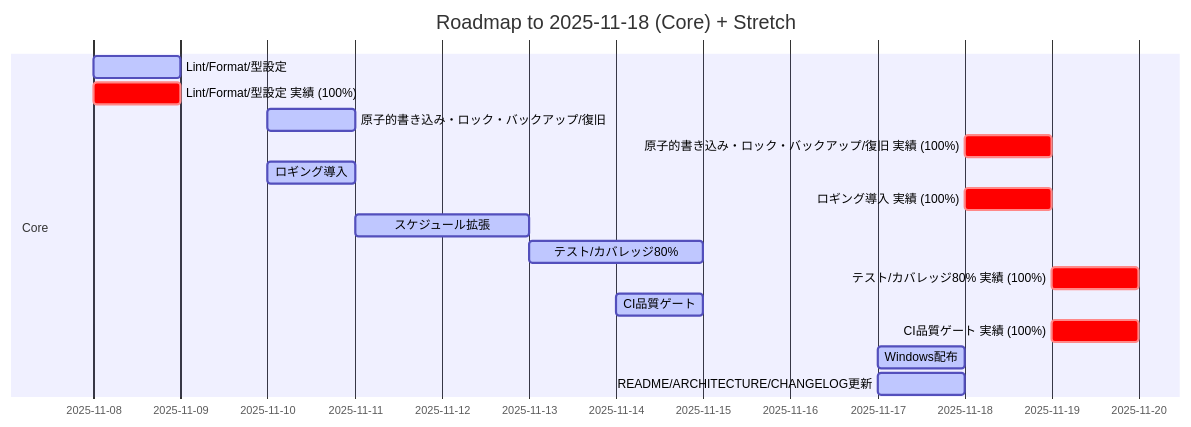
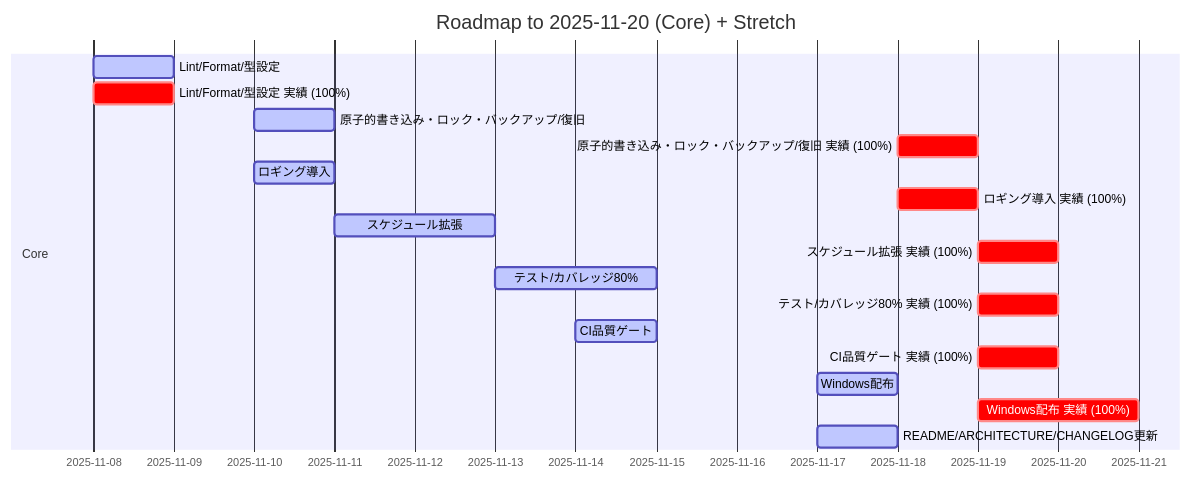
Before and after one commit to takenet193/task-reminder-tool: the diagram in docs/ROADMAP.md, drawn with Mermaid. The commit also changed other lines of this file and 18 other files, not shown here.

````diff
--- a/docs/ROADMAP.md
+++ b/docs/ROADMAP.md
@@ -37,27 +37,29 @@
 ```mermaid
 gantt
   dateFormat  YYYY-MM-DD
-  title Roadmap to 2025-11-18 (Core) + Stretch
+  title Roadmap to 2025-11-20 (Core) + Stretch
   section Core
   Lint/Format/型設定  :active, 2025-11-08, 1.0d
   Lint/Format/型設定 実績 (100%)  :crit, 2025-11-08, 1.0d
   原子的書き込み・ロック・バックアップ/復旧  :active, 2025-11-10, 1.0d
   原子的書き込み・ロック・バックアップ/復旧 実績 (100%)  :crit, 2025-11-18, 1.0d
   ロギング導入  :active, 2025-11-10, 1.0d
   ロギング導入 実績 (100%)  :crit, 2025-11-18, 1.0d
   スケジュール拡張  :active, 2025-11-11, 2.0d
+  スケジュール拡張 実績 (100%)  :crit, 2025-11-19, 1.0d
   テスト/カバレッジ80%  :active, 2025-11-13, 2.0d
   テスト/カバレッジ80% 実績 (100%)  :crit, 2025-11-19, 1.0d
   CI品質ゲート  :active, 2025-11-14, 1.0d
   CI品質ゲート 実績 (100%)  :crit, 2025-11-19, 1.0d
   Windows配布  :active, 2025-11-17, 1.0d
+  Windows配布 実績 (100%)  :crit, 2025-11-19, 2.0d
   README/ARCHITECTURE/CHANGELOG更新  :active, 2025-11-17, 1.0d
   section Stretch
   %% スケジュールUI (日付未定)
   %% 通知ディスパッチ (日付未定)
   %% Win/Mac表示差異吸収 (日付未定)
   %% macOS配布 (日付未定)
   %% MCP自動化 (日付未定)
   %% デモGIF作成 (日付未定)
   %% アーキ図/通知シーケンス図 (日付未定)
 ```
````
